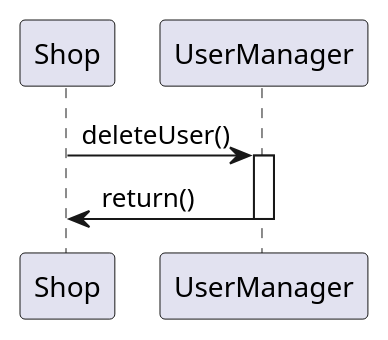
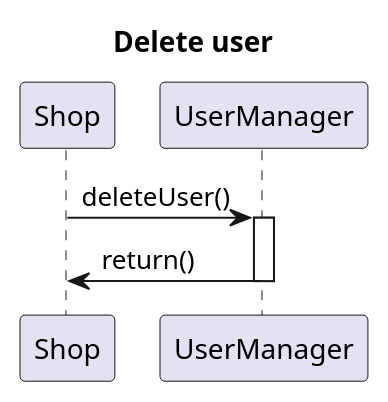
Before and after one commit to nicolabattaglino/ezshop: the eighth of 14 diagrams in Deliverables/DesignDocument.md, drawn with PlantUML. The commit also changed other lines of this file, not shown here.

````diff
--- a/Deliverables/DesignDocument.md
+++ b/Deliverables/DesignDocument.md
@@ -587,9 +624,12 @@
 ```plantuml
 @startuml
+
+title Delete user
+
 Shop -> UserManager: deleteUser()
 activate UserManager
 UserManager -> Shop: return()
 deactivate UserManager
 
 @enduml
 ```
````
